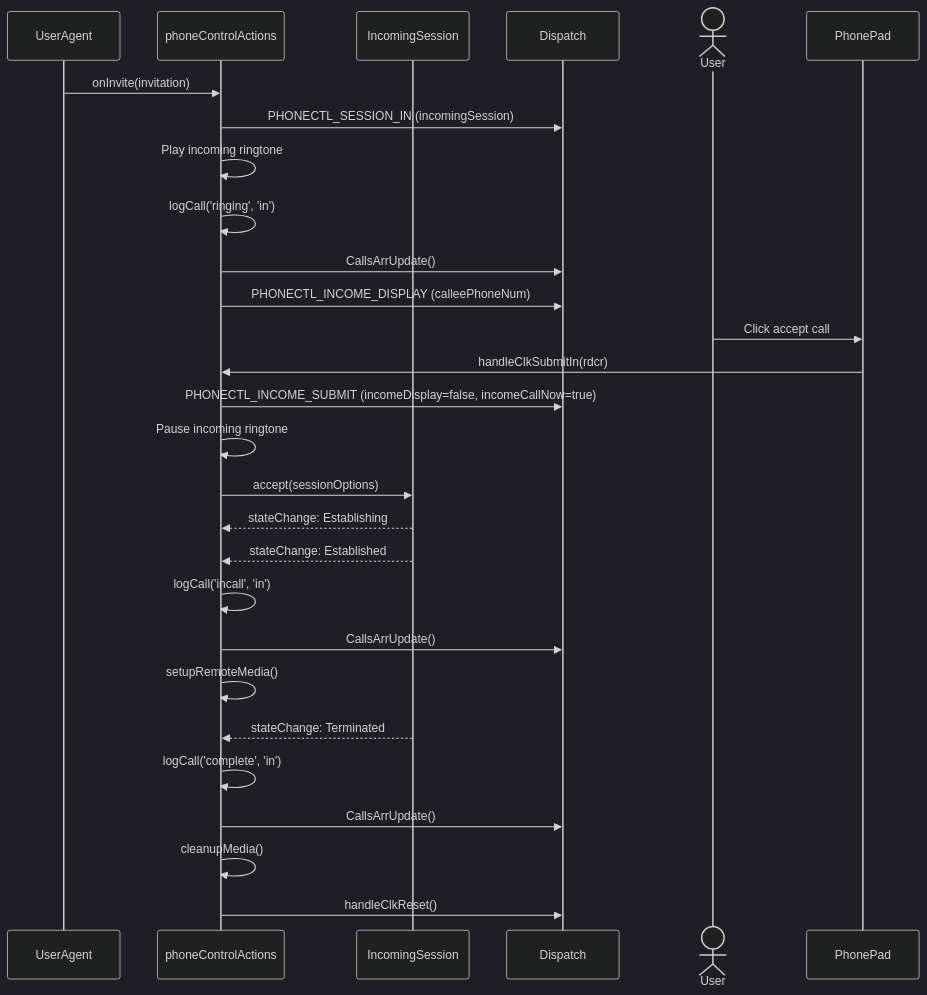
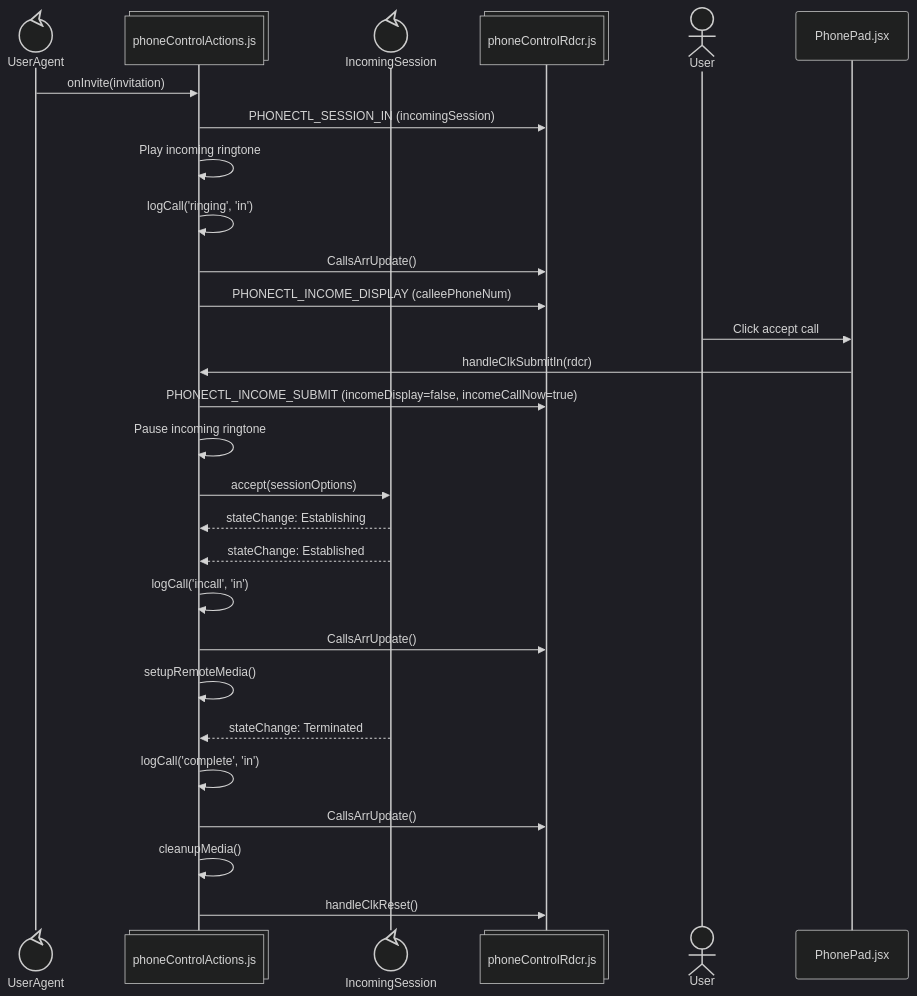
Before and after one commit to ars-anosov/sipjs-react: the fourth of 5 diagrams in phone/README.md, drawn with Mermaid (dark theme). The commit also changed other lines of this file, not shown here.

````diff
--- a/phone/README.md
+++ b/phone/README.md
@@ -105,31 +108,31 @@
 ```mermaid
 sequenceDiagram
-  participant UserAgent
-  participant Action as phoneControlActions
-  participant IncomingSession
-  participant Dispatch
+  participant UserAgent@{ "type" : "control" }
+  participant Action@{ "type" : "collections", "alias": "phoneControlActions.js" }
+  participant IncomingSession@{ "type" : "control" }
+  participant Dispatch@{ "type" : "collections", "alias": "phoneControlRdcr.js"  }
   actor User
-  participant PhonePad
+  participant PhonePad@{ "type" : "participant", "alias": "PhonePad.jsx" }
 
   UserAgent->>Action: onInvite(invitation)
   Action->>Dispatch: PHONECTL_SESSION_IN (incomingSession)
   Action->>Action: Play incoming ringtone
   Action->>Action: logCall('ringing', 'in')
   Action->>Dispatch: CallsArrUpdate()
   Action->>Dispatch: PHONECTL_INCOME_DISPLAY (calleePhoneNum)
   User->>PhonePad: Click accept call
   PhonePad->>Action: handleClkSubmitIn(rdcr)
   Action->>Dispatch: PHONECTL_INCOME_SUBMIT (incomeDisplay=false, incomeCallNow=true)
   Action->>Action: Pause incoming ringtone
   Action->>IncomingSession: accept(sessionOptions)
   IncomingSession-->>Action: stateChange: Establishing
   IncomingSession-->>Action: stateChange: Established
   Action->>Action: logCall('incall', 'in')
   Action->>Dispatch: CallsArrUpdate()
   Action->>Action: setupRemoteMedia()
   IncomingSession-->>Action: stateChange: Terminated
   Action->>Action: logCall('complete', 'in')
   Action->>Dispatch: CallsArrUpdate()
   Action->>Action: cleanupMedia()
   Action->>Dispatch: handleClkReset()
 ```
````
